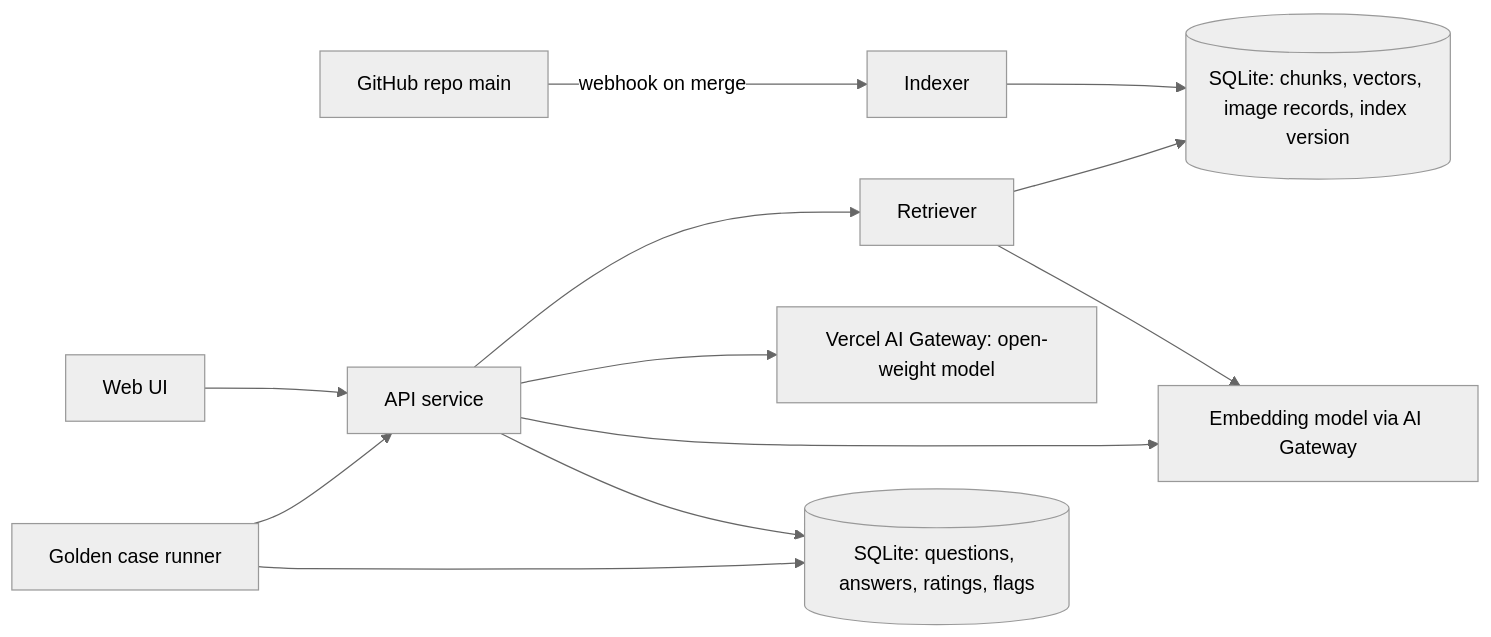
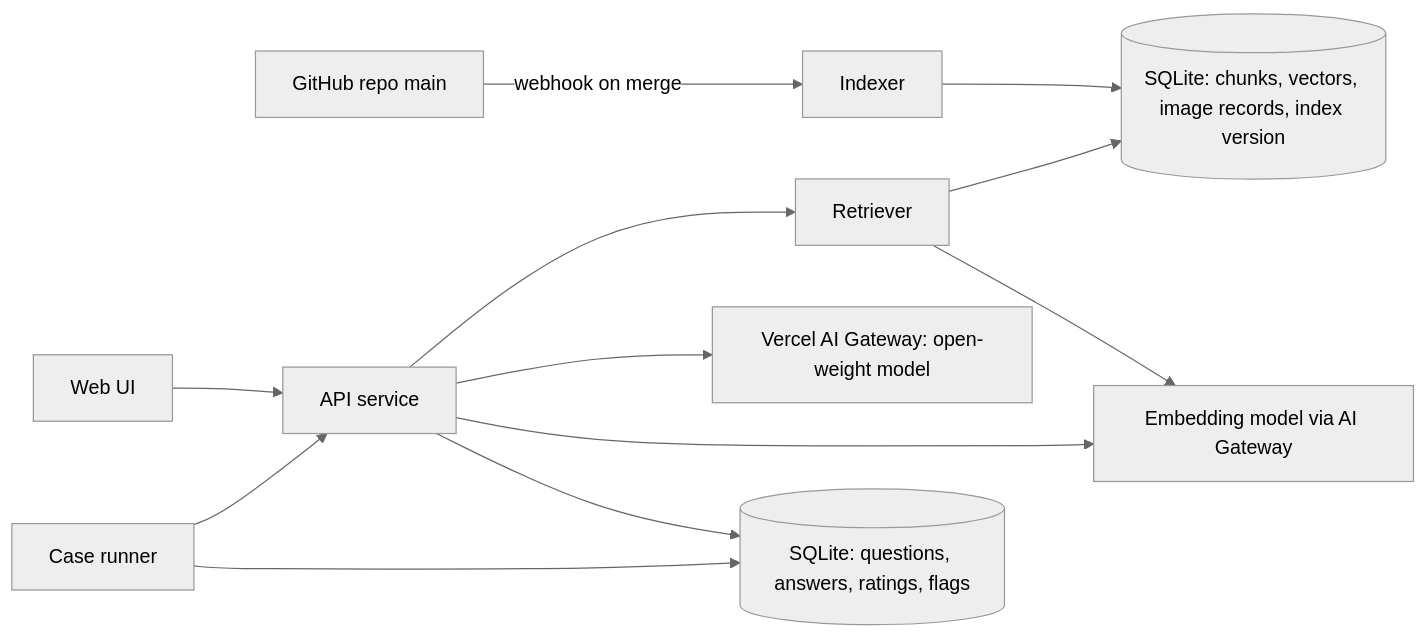
One commit to e1-rahabok/agent-e2 changed the first of 2 diagrams in project/design-kb-test-site.md. Above: the diagram before and after it, drawn with Mermaid (neutral theme). The commit also changed other lines of this file and 30 other files, not shown here.

````diff
--- a/project/design-kb-test-site.md
+++ b/project/design-kb-test-site.md
@@ -30,14 +30,14 @@
 ```mermaid
 flowchart LR
   GH[GitHub repo main] -->|webhook on merge| IDX[Indexer]
   IDX --> DB[(SQLite: chunks, vectors, image records, index version)]
   UI[Web UI] --> API[API service]
   API --> RET[Retriever]
   RET --> DB
   API --> LLM[Vercel AI Gateway: open-weight model]
   API --> EMB[Embedding model via AI Gateway]
   RET --> EMB
   API --> LOG[(SQLite: questions, answers, ratings, flags)]
-  EVAL[Golden case runner] --> API
+  EVAL[Case runner] --> API
   EVAL --> LOG
 ```
````
